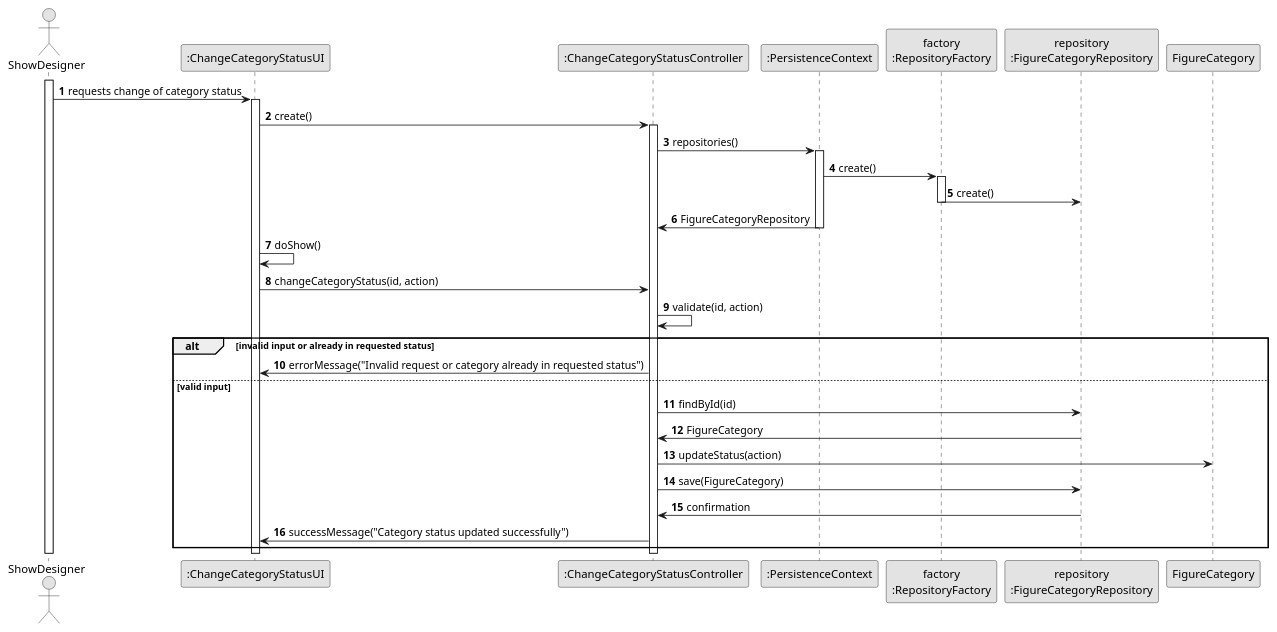
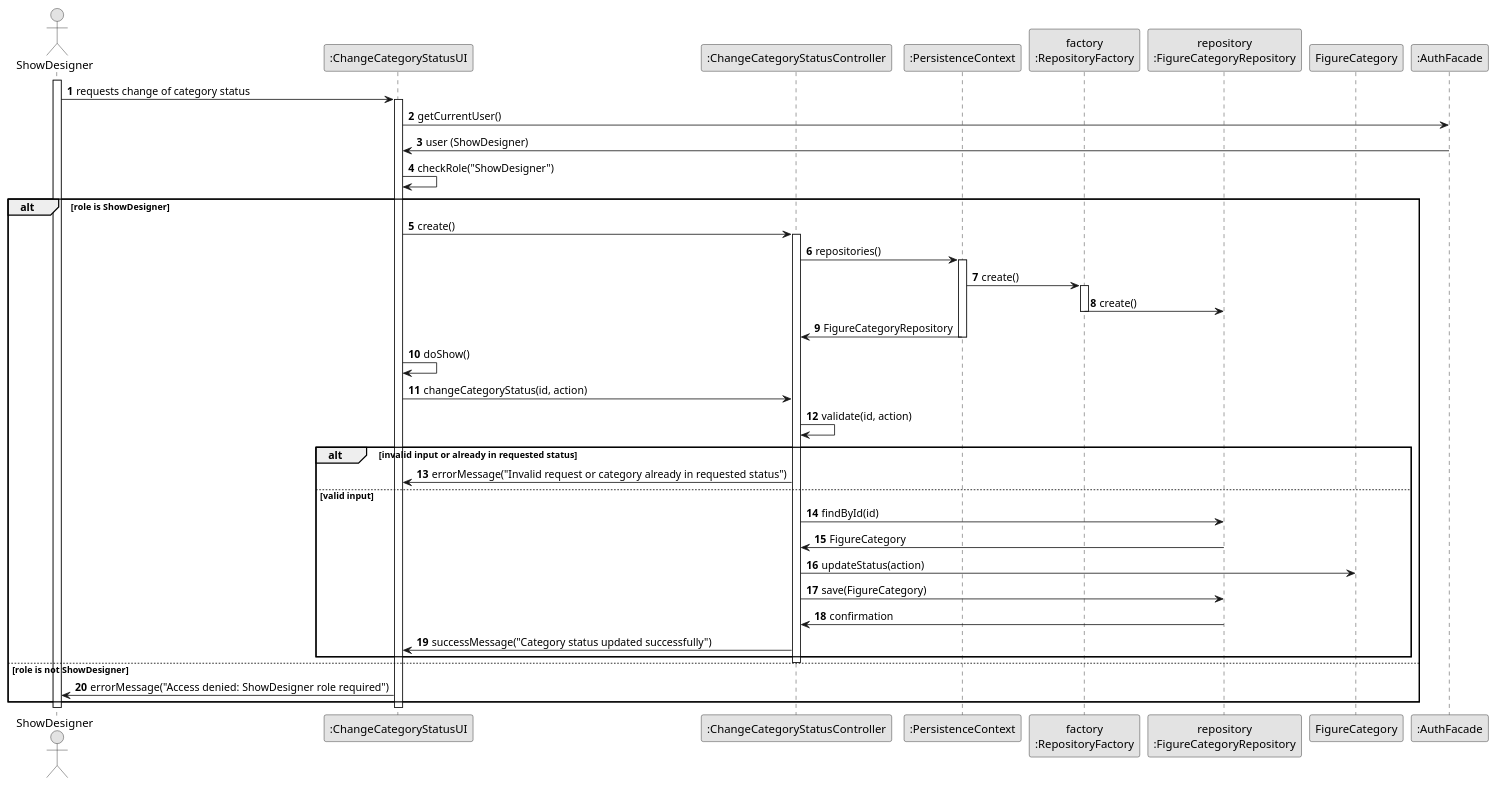
The diagram in docs/planning/sprint2/EAPLI/US248 - InactivateActivate figure category/03.design/puml/us248-sequence-diagram-full.puml (SAEmanuel/Shodrone_ISEP), drawn with PlantUML before and after one commit. The commit also changed 3 other files, not shown here.

First line of the commit message:
us248: add user and role verification to design sequence diagram

```diff
--- a/docs/planning/sprint2/EAPLI/US248 - InactivateActivate figure category/03.design/puml/us248-sequence-diagram-full.puml
+++ b/docs/planning/sprint2/EAPLI/US248 - InactivateActivate figure category/03.design/puml/us248-sequence-diagram-full.puml
@@ -1,52 +1,61 @@
 @startuml
 skinparam monochrome true
 skinparam packageStyle rectangle
 skinparam shadowing false
 
 autonumber
 
 actor "ShowDesigner" as ACTOR
 participant ":ChangeCategoryStatusUI" as UI
 participant ":ChangeCategoryStatusController" as CTRL
 participant ":PersistenceContext" as PC
 participant "factory\n:RepositoryFactory" as FACTORY_INSTANCE
 participant "repository\n:FigureCategoryRepository" as REPO
 participant "FigureCategory" as FigureCategory
+participant ":AuthFacade" as AuthFacade
 
 activate ACTOR
 
 ACTOR -> UI : requests change of category status
 
 activate UI
-UI -> CTRL : create()
+UI -> AuthFacade: getCurrentUser()
+AuthFacade -> UI: user (ShowDesigner)
+UI -> UI: checkRole("ShowDesigner")
+alt role is ShowDesigner
+    UI -> CTRL : create()
 
-activate CTRL
-CTRL -> PC: repositories()
-activate PC
-PC -> FACTORY_INSTANCE: create()
-activate FACTORY_INSTANCE
-FACTORY_INSTANCE -> REPO: create()
-deactivate FACTORY_INSTANCE
-PC -> CTRL: FigureCategoryRepository
-deactivate PC
+    activate CTRL
+    CTRL -> PC: repositories()
+    activate PC
+    PC -> FACTORY_INSTANCE: create()
+    activate FACTORY_INSTANCE
+    FACTORY_INSTANCE -> REPO: create()
+    deactivate FACTORY_INSTANCE
+    PC -> CTRL: FigureCategoryRepository
+    deactivate PC
 
-UI -> UI: doShow()
+    UI -> UI: doShow()
 
-UI -> CTRL: changeCategoryStatus(id, action)
-CTRL -> CTRL: validate(id, action)
-alt invalid input or already in requested status
-    CTRL -> UI: errorMessage("Invalid request or category already in requested status")
-else valid input
-    CTRL -> REPO: findById(id)
-    REPO -> CTRL: FigureCategory
-    CTRL -> FigureCategory: updateStatus(action)
-    CTRL -> REPO: save(FigureCategory)
-    REPO -> CTRL: confirmation
-    CTRL -> UI: successMessage("Category status updated successfully")
+    UI -> CTRL: changeCategoryStatus(id, action)
+    CTRL -> CTRL: validate(id, action)
+    alt invalid input or already in requested status
+        CTRL -> UI: errorMessage("Invalid request or category already in requested status")
+    else valid input
+        CTRL -> REPO: findById(id)
+        REPO -> CTRL: FigureCategory
+        CTRL -> FigureCategory: updateStatus(action)
+        CTRL -> REPO: save(FigureCategory)
+        REPO -> CTRL: confirmation
+        CTRL -> UI: successMessage("Category status updated successfully")
+    end
+
+    deactivate CTRL
+else role is not ShowDesigner
+    UI -> ACTOR: errorMessage("Access denied: ShowDesigner role required")
 end
 
-deactivate CTRL
 deactivate UI
 deactivate ACTOR
 
 @enduml
```
